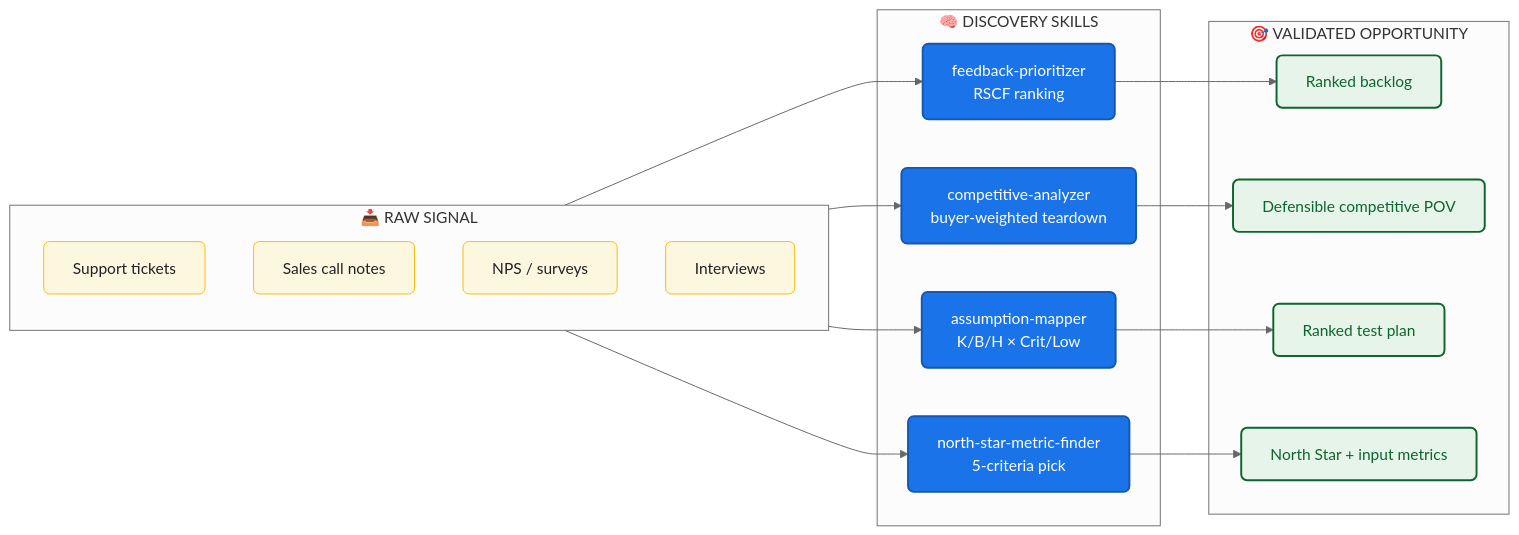
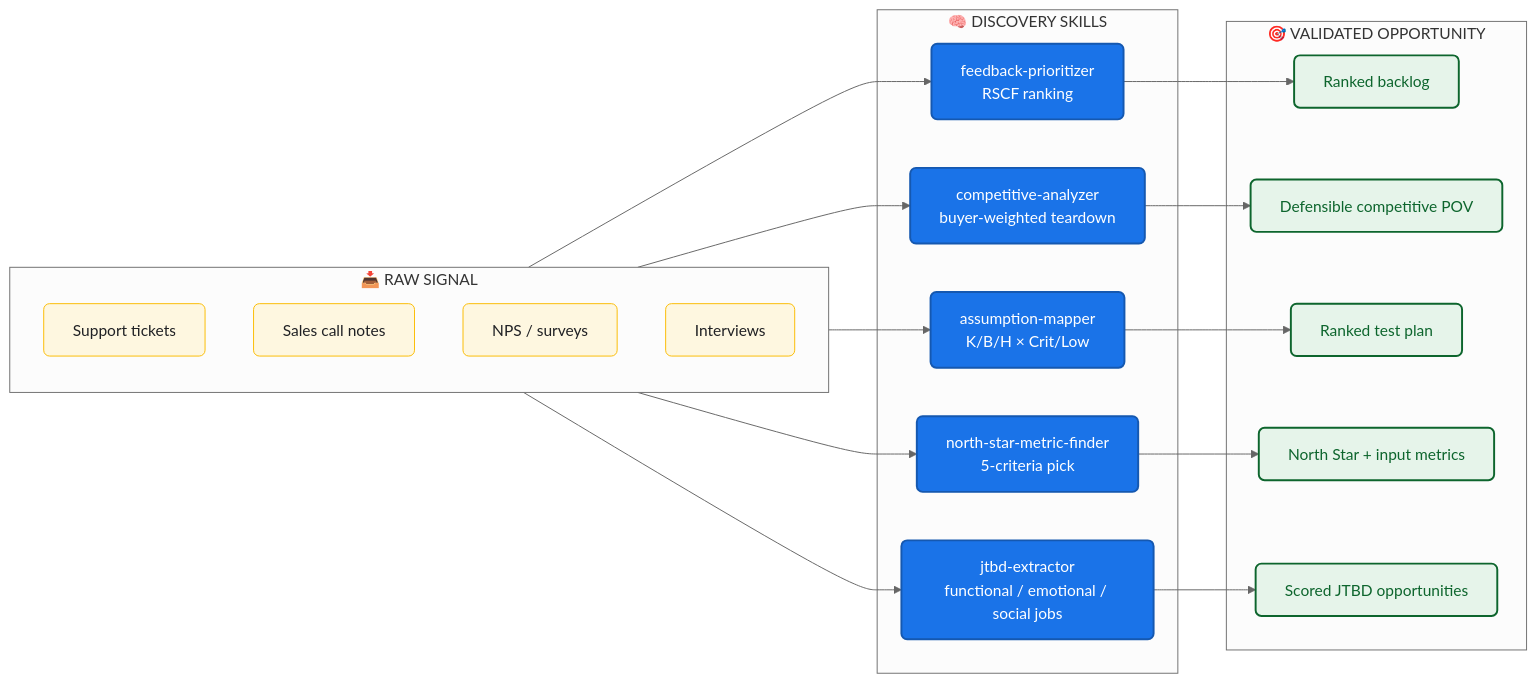
One commit to varunk130/ai-customer-discovery-skills changed the diagram in README.md. Above: the diagram before and after it, drawn with Mermaid (neutral theme). The commit also changed other lines of this file and 16 other files, not shown here.

First line of the commit message:
feat(skills): integrate jtbd-extractor (5/12 skills shipped)

````diff
--- a/README.md
+++ b/README.md
@@ -23,35 +23,38 @@
 ```mermaid
 flowchart LR
     subgraph SIGNAL["📥 RAW SIGNAL"]
         S1["Support tickets"]
         S2["Sales call notes"]
         S3["NPS / surveys"]
         S4["Interviews"]
     end
 
     subgraph SKILLS["🧠 DISCOVERY SKILLS"]
         K1["feedback-prioritizer<br/>RSCF ranking"]
         K2["competitive-analyzer<br/>buyer-weighted teardown"]
         K3["assumption-mapper<br/>K/B/H × Crit/Low"]
         K4["north-star-metric-finder<br/>5-criteria pick"]
+        K5["jtbd-extractor<br/>functional / emotional / social jobs"]
     end
 
     subgraph OUTPUT["🎯 VALIDATED OPPORTUNITY"]
         O1["Ranked backlog"]
         O2["Defensible competitive POV"]
         O3["Ranked test plan"]
         O4["North Star + input metrics"]
+        O5["Scored JTBD opportunities"]
     end
 
     SIGNAL --> K1 --> O1
     SIGNAL --> K2 --> O2
     SIGNAL --> K3 --> O3
     SIGNAL --> K4 --> O4
+    SIGNAL --> K5 --> O5
 
     classDef skill fill:#1a73e8,color:#fff,stroke:#1558b0,stroke-width:2px,rx:6,ry:6
     classDef signal fill:#fef7e0,color:#202124,stroke:#fbbc04,stroke-width:1px,rx:6,ry:6
     classDef output fill:#e6f4ea,color:#0d652d,stroke:#0d652d,stroke-width:2px,rx:6,ry:6
-    class K1,K2,K3,K4 skill
+    class K1,K2,K3,K4,K5 skill
     class S1,S2,S3,S4 signal
-    class O1,O2,O3,O4 output
+    class O1,O2,O3,O4,O5 output
 ```
````
